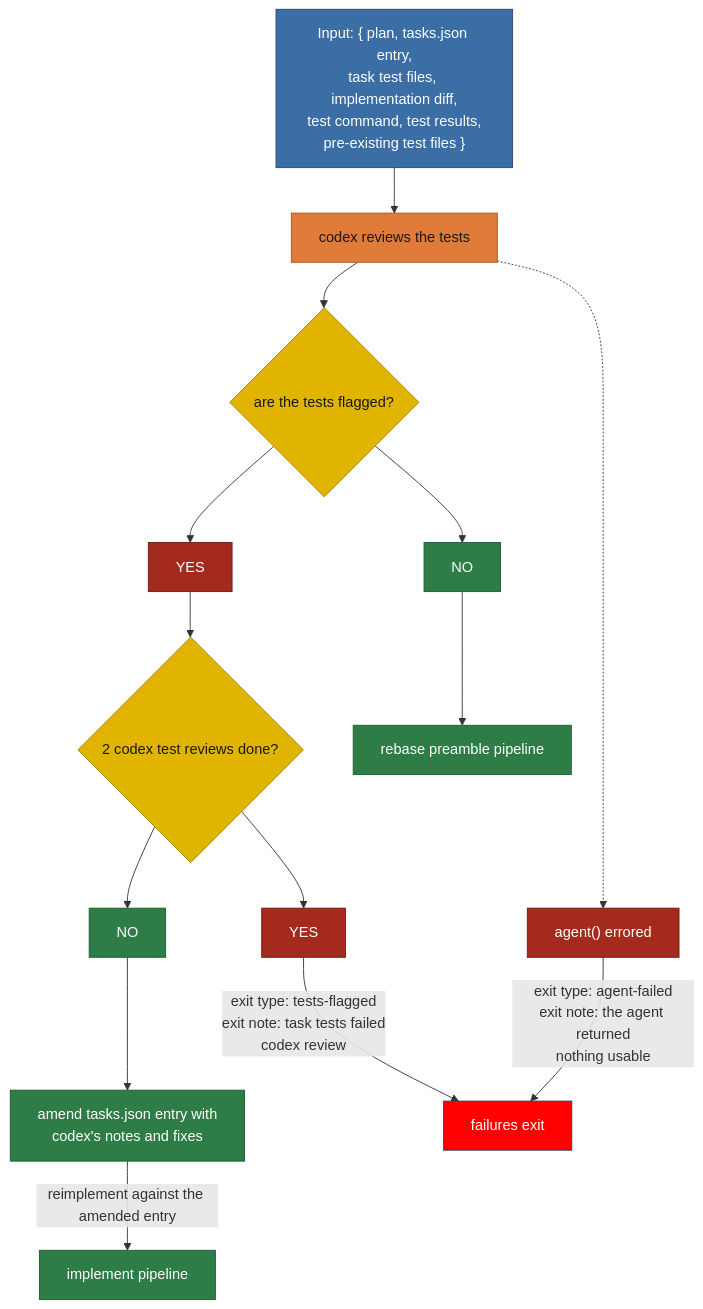
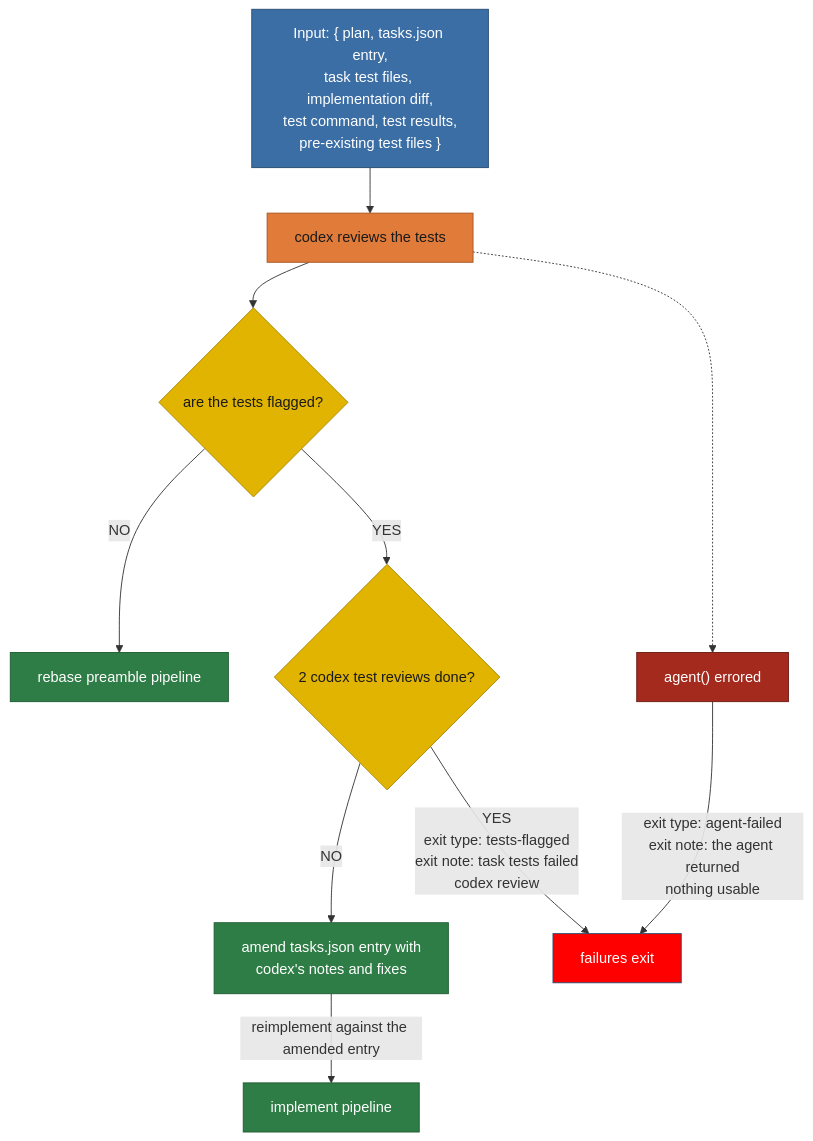
Before and after one commit to matkatmusic/taskTools: the diagram in plans/diagram/pipeline-reviewTests.mmd, drawn with Mermaid. The commit also changed 12 other files, not shown here.

Commit message:
changed YES/NO blocks to be labels in diagrams

```diff
--- a/plans/diagram/pipeline-reviewTests.mmd
+++ b/plans/diagram/pipeline-reviewTests.mmd
@@ -1,67 +1,61 @@
 flowchart TB
 %% REVIEW TASK TESTS PIPELINE. Split from pipeline-implementTest.mmd.
 %% ---
 %% Input: a green implementation from the task tests pipeline.
 %% ---
 %% Job: decide whether the tests are worth trusting.
 %% ---
 %% Input provenance:
 %% ---
 %% The implementation diff and the pre-existing test files are derived here.
 %% ---
 %% Both come from the task branch's merge-base with the target branch.
 %% ---
 %% No earlier pipeline captures them.
 %% ---
 %% The test command and test results come from the task tests pipeline that just ran.
 %% ---
 %% Rules not shown in the graph:
 %% ---
 %% Codex gets 2 reviews; a second flagging exits the pipeline.
 %% ---
 %% Reading tests alone misses wrong-implementation passes.
 %% ---
 %% It also misses pre-existing tests claimed as new coverage.
 %% ---
 %% A script that fails operationally exits as run-failed.
 %% ---
 %% Exit types: agent-failed, tests-flagged, run-failed.
 
   GREEN_IMPLEMENTATION_INPUT["Input: { plan, tasks.json entry,<br/>task test files, implementation diff,<br/>test command, test results,<br/>pre-existing test files }"] --> CODEX_REVIEWS_TESTS
   CODEX_REVIEWS_TESTS["codex reviews the tests"] --> ARE_TESTS_FLAGGED{"are the tests flagged?"}
-  ARE_TESTS_FLAGGED --> ARE_TESTS_FLAGGED_NO["NO"]
-  ARE_TESTS_FLAGGED --> ARE_TESTS_FLAGGED_YES["YES"]
+  ARE_TESTS_FLAGGED -->|NO| REBASE_PREAMBLE_PIPELINE["rebase preamble pipeline"]
+  ARE_TESTS_FLAGGED -->|YES| ARE_2_TEST_REVIEWS_DONE{"2 codex test reviews done?"}
 
-  ARE_TESTS_FLAGGED_YES --> ARE_2_TEST_REVIEWS_DONE{"2 codex test reviews done?"}
-  ARE_2_TEST_REVIEWS_DONE --> ARE_2_TEST_REVIEWS_DONE_NO["NO"]
-  ARE_2_TEST_REVIEWS_DONE --> ARE_2_TEST_REVIEWS_DONE_YES["YES"]
-  ARE_2_TEST_REVIEWS_DONE_NO --> AMEND_ENTRY_WITH_CODEX_NOTES["amend tasks.json entry with<br/>codex's notes and fixes"]
+  ARE_2_TEST_REVIEWS_DONE -->|NO| AMEND_ENTRY_WITH_CODEX_NOTES["amend tasks.json entry with<br/>codex's notes and fixes"]
+  ARE_2_TEST_REVIEWS_DONE -- "YES<br/>exit type: tests-flagged<br/>exit note: task tests failed<br/>codex review" --> EXIT_WORKFLOW_REVIEW_TESTS
   AMEND_ENTRY_WITH_CODEX_NOTES -- "reimplement against the amended entry" --> IMPLEMENT_PIPELINE["implement pipeline"]
-  ARE_2_TEST_REVIEWS_DONE_YES -- "exit type: tests-flagged<br/>exit note: task tests failed<br/>codex review" --> EXIT_WORKFLOW_REVIEW_TESTS
 
-  ARE_TESTS_FLAGGED_NO --> REBASE_PREAMBLE_PIPELINE["rebase preamble pipeline"]
 
   CODEX_REVIEWS_TESTS -.-> AGENT_ERRORED["agent() errored"] -- "exit type: agent-failed<br/>exit note: the agent returned<br/>nothing usable" --> EXIT_WORKFLOW_REVIEW_TESTS
 
   EXIT_WORKFLOW_REVIEW_TESTS["failures exit"]
 
   %% Green heads for the next pipeline.
   %% ---
   %% Red reimplements, or ends in the exit workflow.
   classDef pipeline fill:#2f7d46,stroke:#1e5c31,color:#ffffff
   classDef script fill:#2f7d46,stroke:#1e5c31,color:#ffffff
   classDef agent fill:#e07b39,stroke:#a8541f,color:#1a1a1a
   classDef decision fill:#e0b400,stroke:#a88600,color:#1a1a1a
   classDef output fill:#3b6ea5,stroke:#254a70,color:#ffffff
   classDef fail fill:red,stroke:#254a70,color:#ffffff
   classDef pass fill:#2f7d46,stroke:#1e5c31,color:#ffffff
   classDef nopass fill:#a52a1e,stroke:#6d1a12,color:#ffffff
   class ARE_TESTS_FLAGGED,ARE_2_TEST_REVIEWS_DONE decision
   class AMEND_ENTRY_WITH_CODEX_NOTES script
   class CODEX_REVIEWS_TESTS agent
   class IMPLEMENT_PIPELINE,REBASE_PREAMBLE_PIPELINE pipeline
-  class ARE_TESTS_FLAGGED_NO,ARE_2_TEST_REVIEWS_DONE_NO pass
-  class ARE_TESTS_FLAGGED_YES,ARE_2_TEST_REVIEWS_DONE_YES nopass
   class AGENT_ERRORED nopass
   class EXIT_WORKFLOW_REVIEW_TESTS fail
   class GREEN_IMPLEMENTATION_INPUT output
```
